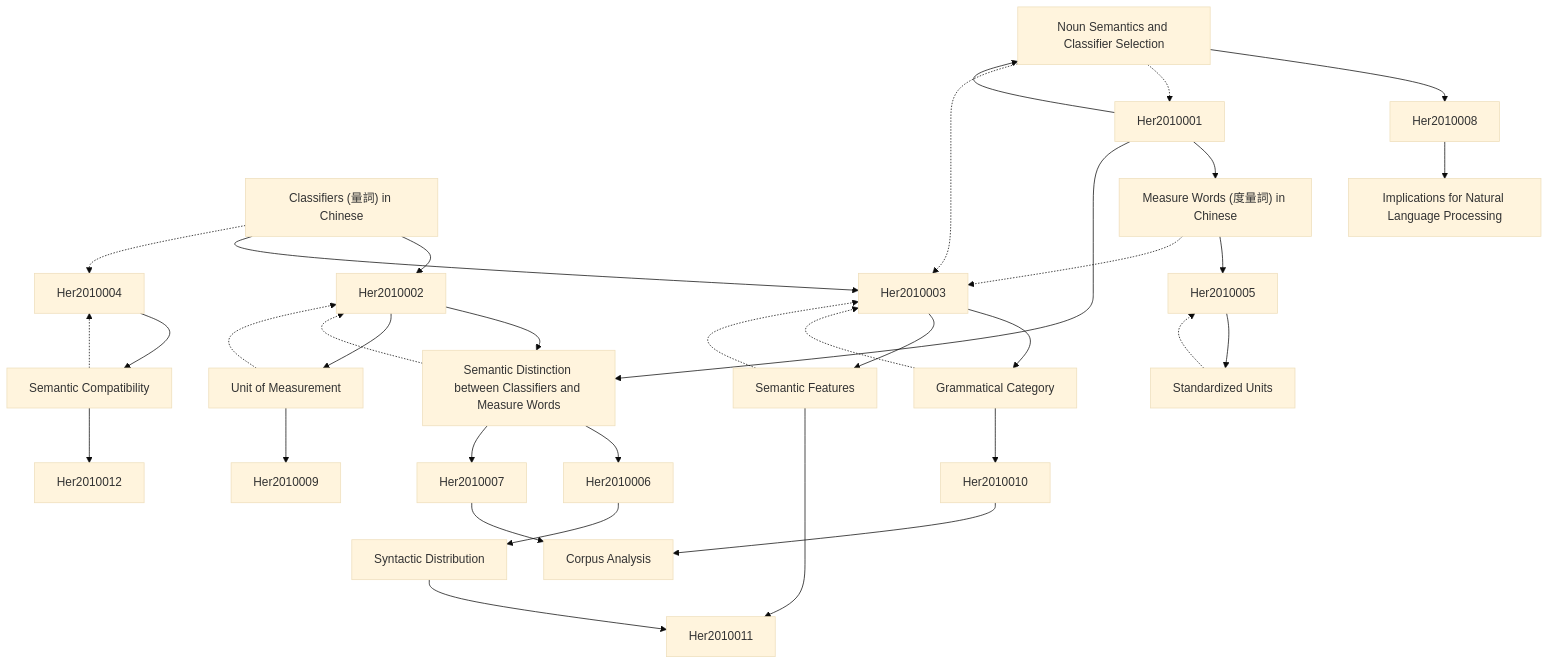
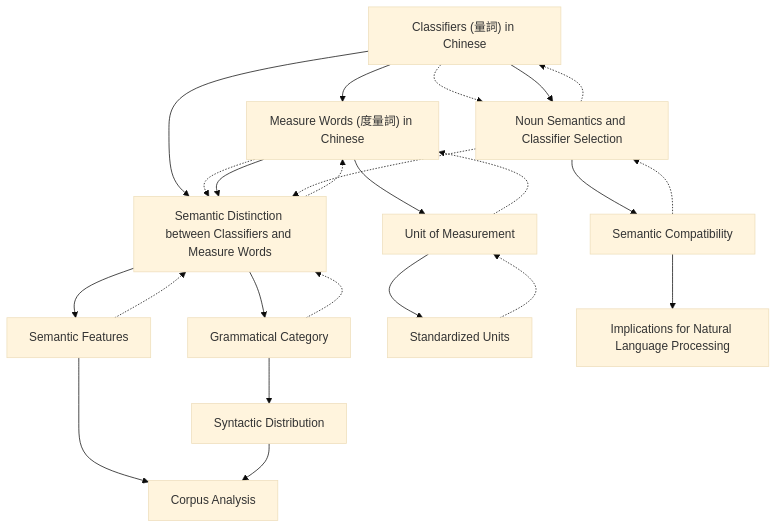
The diagram in output/zettelkasten_notes/zettel_Her-2010_20251104/zettel_index.md (SCgeeker/Claude_Journal_Club_Agents), drawn with Mermaid (base theme) before and after one commit. The commit also changed 776 other files, not shown here.

````diff
--- a/output/zettelkasten_notes/zettel_Her-2010_20251104/zettel_index.md
+++ b/output/zettelkasten_notes/zettel_Her-2010_20251104/zettel_index.md
@@ -116,72 +116,59 @@
 
     Her-2010-012["Implications for Natural Language Processing"]
 
-    Her-2010-001 --> Her2010002
+    Her-2010-001 --> Her-2010-002
 
-    Her-2010-001 --> Her2010003
+    Her-2010-001 --> Her-2010-003
 
-    Her-2010-001 -.-> Her2010004
+    Her-2010-001 -.-> Her-2010-004
 
-    Her2010001 --> Her-2010-002
 
-    Her-2010-002 --> Her2010005
+    Her-2010-002 --> Her-2010-005
 
-    Her-2010-002 -.-> Her2010003
+    Her-2010-002 -.-> Her-2010-003
 
-    Her2010001 --> Her-2010-003
 
-    Her2010002 --> Her-2010-003
+    Her-2010-002 --> Her-2010-003
 
-    Her-2010-003 --> Her2010006
+    Her-2010-003 --> Her-2010-006
 
-    Her-2010-003 --> Her2010007
+    Her-2010-003 --> Her-2010-007
 
-    Her-2010-003 -.-> Her2010002
+    Her-2010-003 -.-> Her-2010-002
 
-    Her2010001 --> Her-2010-004
+    Her-2010-001 --> Her-2010-004
 
-    Her-2010-004 --> Her2010008
+    Her-2010-004 --> Her-2010-008
 
-    Her-2010-004 -.-> Her2010001
+    Her-2010-004 -.-> Her-2010-001
 
-    Her-2010-004 -.-> Her2010003
+    Her-2010-004 -.-> Her-2010-003
 
-    Her2010002 --> Her-2010-005
 
-    Her-2010-005 --> Her2010009
+    Her-2010-005 --> Her-2010-009
 
-    Her-2010-005 -.-> Her2010002
+    Her-2010-005 -.-> Her-2010-002
 
-    Her2010003 --> Her-2010-006
 
-    Her-2010-006 --> Her2010010
+    Her-2010-006 --> Her-2010-010
 
-    Her-2010-006 -.-> Her2010003
+    Her-2010-006 -.-> Her-2010-003
 
-    Her2010003 --> Her-2010-007
 
-    Her-2010-007 --> Her2010011
+    Her-2010-007 --> Her-2010-011
 
-    Her-2010-007 -.-> Her2010003
+    Her-2010-007 -.-> Her-2010-003
 
-    Her2010004 --> Her-2010-008
 
-    Her-2010-008 --> Her2010012
+    Her-2010-008 --> Her-2010-012
 
-    Her-2010-008 -.-> Her2010004
+    Her-2010-008 -.-> Her-2010-004
 
-    Her2010005 --> Her-2010-009
 
-    Her-2010-009 -.-> Her2010005
+    Her-2010-009 -.-> Her-2010-005
 
-    Her2010006 --> Her-2010-010
 
-    Her-2010-010 --> Her2010011
+    Her-2010-010 --> Her-2010-011
 
-    Her2010007 --> Her-2010-011
-
-    Her2010010 --> Her-2010-011
-
-    Her2010008 --> Her-2010-012
 
 ```
````
